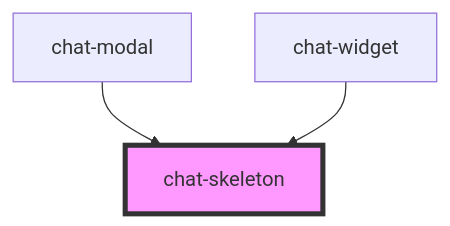
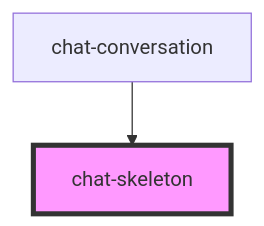
The diagram in src/components/chat-skeleton/readme.md (Lynxgsm/fastt-web-components), drawn with Mermaid before and after one commit. The commit also changed other lines of this file and 19 other files, not shown here.

````diff
--- a/src/components/chat-skeleton/readme.md
+++ b/src/components/chat-skeleton/readme.md
@@ -16,6 +15,5 @@
 ```mermaid
 graph TD;
-  chat-modal --> chat-skeleton
-  chat-widget --> chat-skeleton
+  chat-conversation --> chat-skeleton
   style chat-skeleton fill:#f9f,stroke:#333,stroke-width:4px
 ```
````
